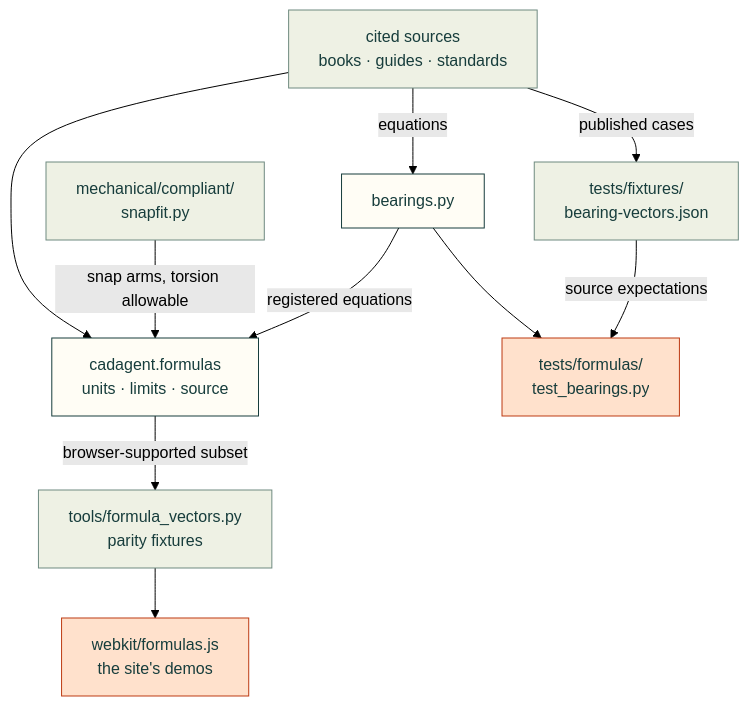
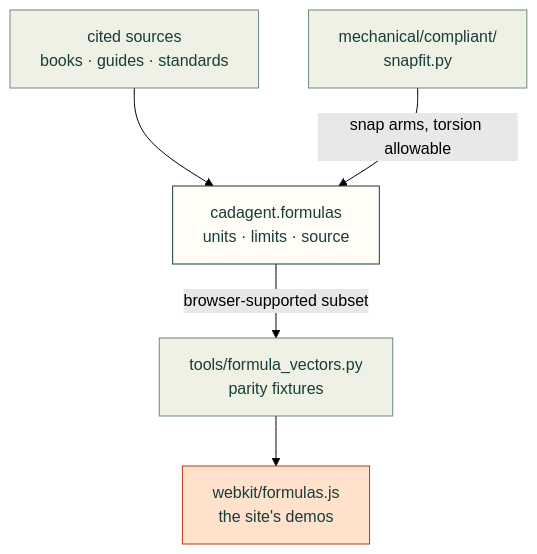
The first of 2 diagrams in software/cadagent/formulas/README.md (Valpatel/cad-agent), drawn with Mermaid (forest theme) before and after one commit. The commit also changed other lines of this file and 26 other files, not shown here.

Commit message:
docs(repo): make published folder diagrams readable across screen sizes

````diff
--- a/software/cadagent/formulas/README.md
+++ b/software/cadagent/formulas/README.md
@@ -30,18 +32,18 @@
 ```mermaid
 flowchart TD
-    S["cited sources<br/>books · guides · standards"] --> F["cadagent.formulas<br/>units · limits · source"]
-    S -->|"equations"| B["bearings.py"]
-    S -->|"published cases"| E["tests/fixtures/<br/>bearing-vectors.json"]
-    C["mechanical/compliant/<br/>snapfit.py"] -->|"snap arms, torsion allowable"| F
-    F -->|"browser-supported subset"| V["tools/formula_vectors.py<br/>parity fixtures"]
-    V --> W["webkit/formulas.js<br/>the site's demos"]
-    B -->|"registered equations"| F
-    B --> T["tests/formulas/<br/>test_bearings.py"]
-    E -->|"source expectations"| T
+    S["cited sources<br/>books · guides · standards"]
+    F["cadagent.formulas<br/>units · limits · source"]
+    C["mechanical/compliant/<br/>snapfit.py"]
+    V["tools/formula_vectors.py<br/>parity fixtures"]
+    W["webkit/formulas.js<br/>the site's demos"]
+    S --> F
+    C -->|"snap arms, torsion allowable"| F
+    F -->|"browser-supported subset"| V
+    V --> W
     classDef here fill:#fffdf5,stroke:#173d3c,color:#173d3c
     classDef near fill:#eef1e4,stroke:#6f8a80,color:#173d3c
     classDef out fill:#ffe1cc,stroke:#bd3a12,color:#173d3c
-    class F,B here
-    class S,C,V,E near
-    class W,T out
+    class F here
+    class S,C,V near
+    class W out
 ```
````
